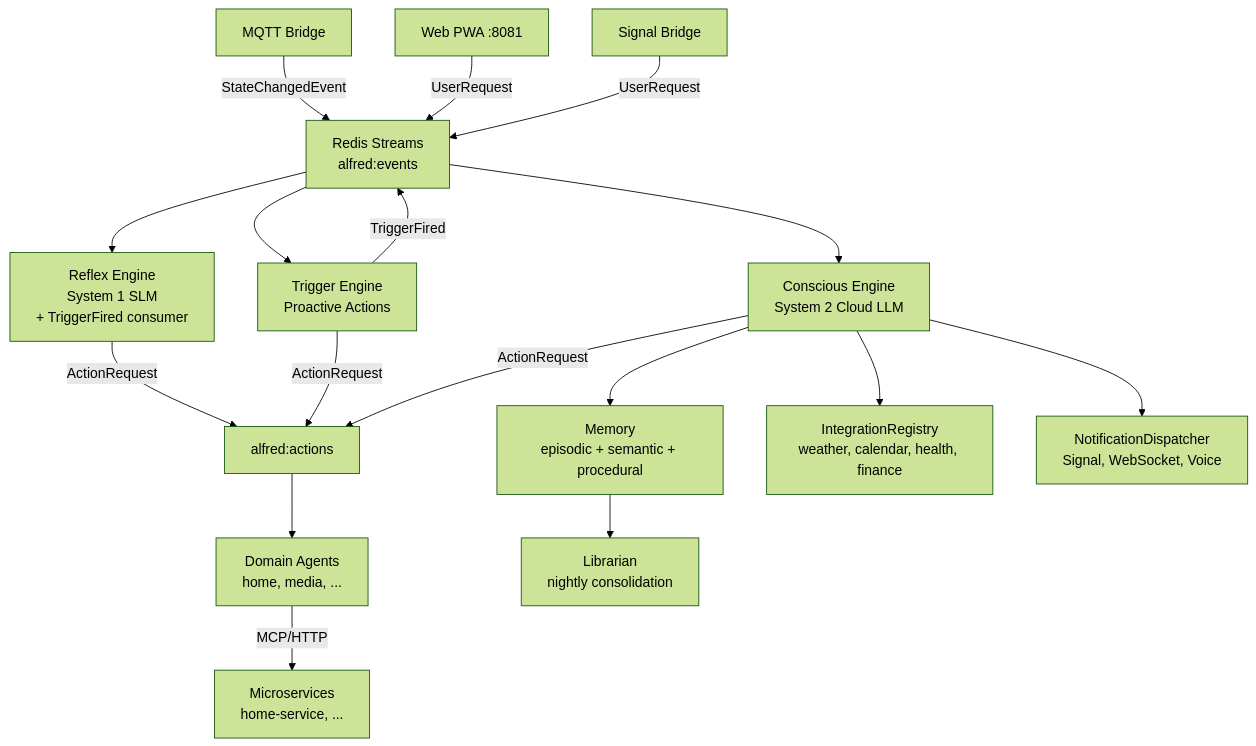
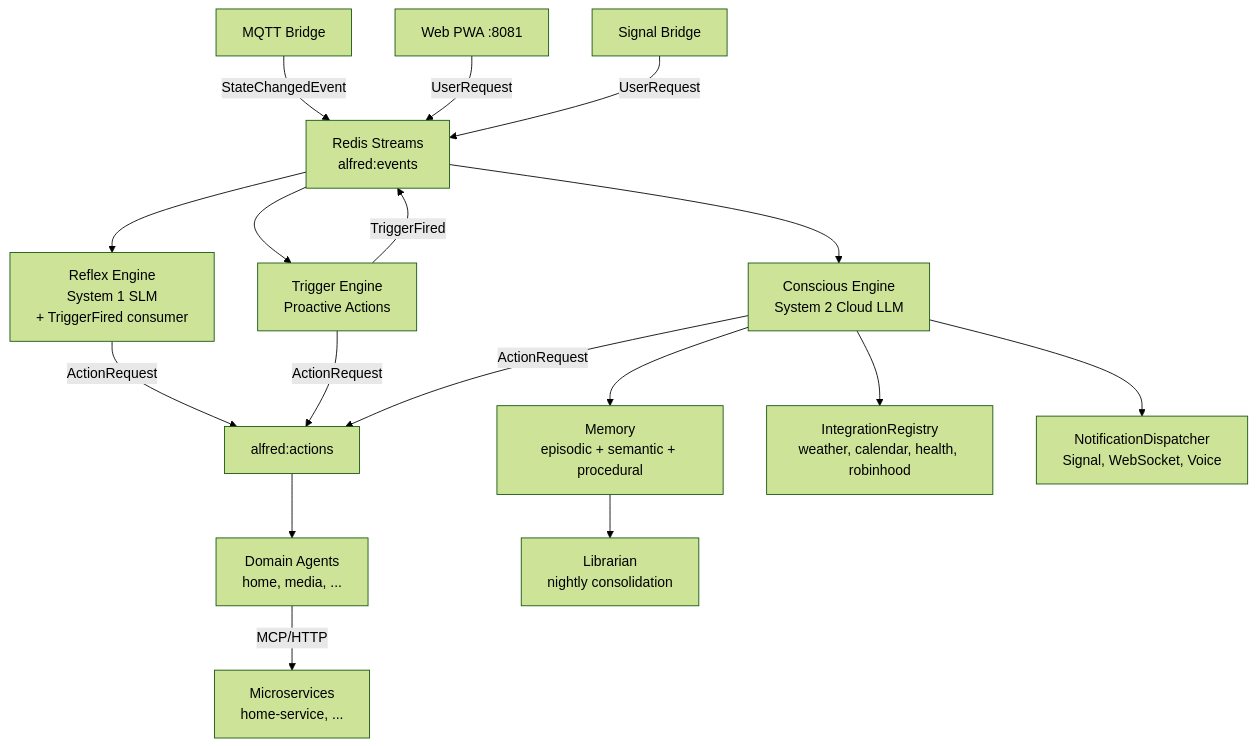
The diagram in CLAUDE.md (anirudhlath/alfred), drawn with Mermaid (forest theme) before and after one commit. The commit also changed other lines of this file and 5 other files, not shown here.

````diff
--- a/CLAUDE.md
+++ b/CLAUDE.md
@@ -114,19 +114,19 @@
 ```mermaid
 graph TD
     MQTT[MQTT Bridge] -->|StateChangedEvent| Bus[Redis Streams<br/>alfred:events]
     Bus --> Reflex[Reflex Engine<br/>System 1 SLM<br/>+ TriggerFired consumer]
     Bus --> Triggers[Trigger Engine<br/>Proactive Actions]
     Bus --> Conscious[Conscious Engine<br/>System 2 Cloud LLM]
     Reflex -->|ActionRequest| Actions[alfred:actions]
     Triggers -->|ActionRequest| Actions
     Triggers -->|TriggerFired| Bus
     Conscious -->|ActionRequest| Actions
     Actions --> Agents[Domain Agents<br/>home, media, ...]
     Agents -->|MCP/HTTP| Services[Microservices<br/>home-service, ...]
     Conscious --> Memory[Memory<br/>episodic + semantic + procedural]
-    Conscious --> Integrations[IntegrationRegistry<br/>weather, calendar, health, finance]
+    Conscious --> Integrations[IntegrationRegistry<br/>weather, calendar, health, robinhood]
     Conscious --> Notify[NotificationDispatcher<br/>Signal, WebSocket, Voice]
     Memory --> Librarian[Librarian<br/>nightly consolidation]
     WebChannel[Web PWA :8081] -->|UserRequest| Bus
     Signal[Signal Bridge] -->|UserRequest| Bus
 ```
````
